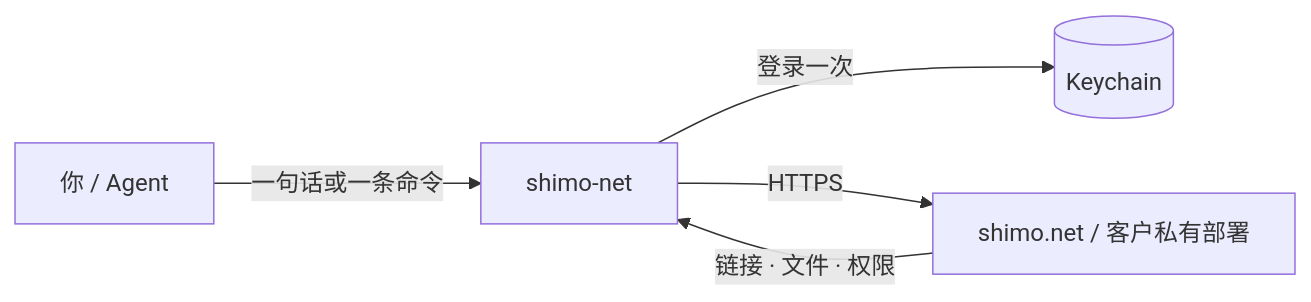
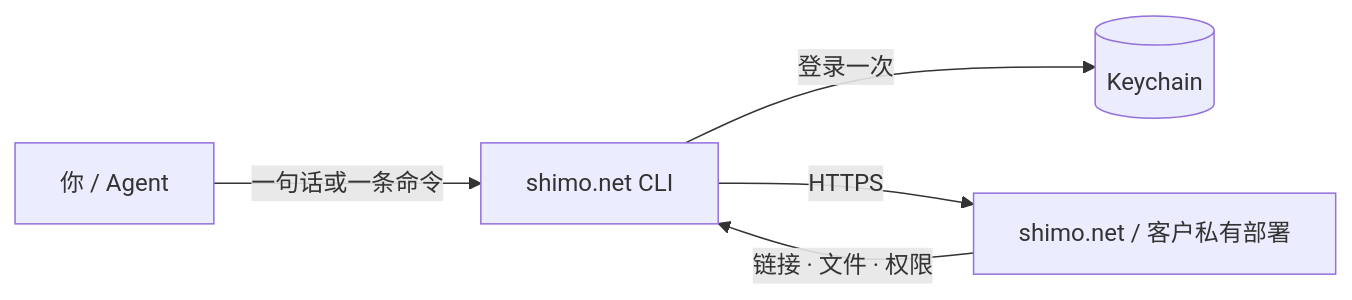
Before and after one commit to shimo-office/office-suites: the diagram in README.md, drawn with Mermaid. The commit also changed other lines of this file and 1 other file, not shown here.

Commit message:
docs: README 标题改为 shimo.net CLI，产品名统一写 shimo.net

````diff
--- a/README.md
+++ b/README.md
@@ -213,7 +213,7 @@
 ```mermaid
 flowchart LR
-  U["你 / Agent"] -->|一句话或一条命令| C["shimo-net"]
+  U["你 / Agent"] -->|一句话或一条命令| C["shimo.net CLI"]
   C -->|登录一次| K[(Keychain)]
   C -->|HTTPS| S["shimo.net / 客户私有部署"]
   S -->|链接 · 文件 · 权限| C
 ```
````
